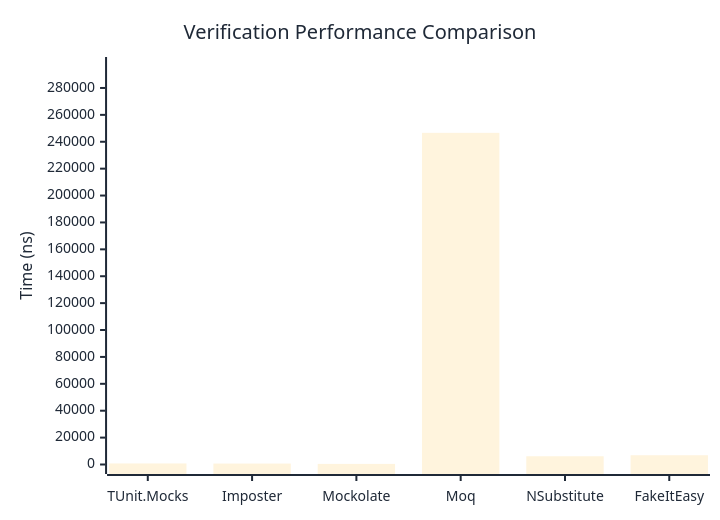
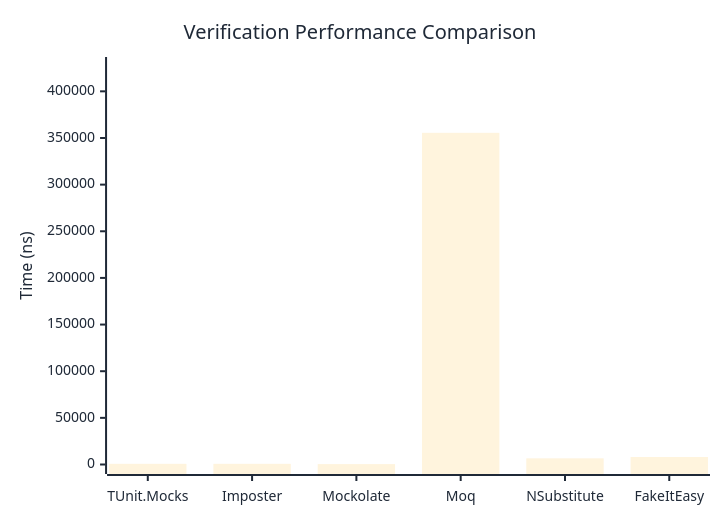
One commit to thomhurst/TUnit changed the first of 3 diagrams in docs/docs/benchmarks/mocks/Verification.md. Above: the diagram before and after it, drawn with Mermaid. The commit also changed other lines of this file and 14 other files, not shown here.

````diff
--- a/docs/docs/benchmarks/mocks/Verification.md
+++ b/docs/docs/benchmarks/mocks/Verification.md
@@ -30,27 +30,27 @@
 ```mermaid
 %%{init: {
   'theme':'base',
   'themeVariables': {
     'primaryColor': '#2563eb',
     'primaryTextColor': '#1f2937',
     'primaryBorderColor': '#1e40af',
     'lineColor': '#6b7280',
     'secondaryColor': '#7c3aed',
     'tertiaryColor': '#dc2626',
     'background': '#ffffff',
     'pie1': '#2563eb',
     'pie2': '#7c3aed',
     'pie3': '#dc2626',
     'pie4': '#f59e0b',
     'pie5': '#10b981',
     'pie6': '#06b6d4',
     'pie7': '#ec4899',
     'pie8': '#6366f1'
   }
 }}%%
 xychart-beta
   title "Verification Performance Comparison"
   x-axis ["TUnit.Mocks", "Imposter", "Mockolate", "Moq", "NSubstitute", "FakeItEasy"]
-  y-axis "Time (ns)" 0 --> 295964
-  bar [787.26, 704.81, 437.08, 246636.14, 6129.63, 6885.88]
+  y-axis "Time (ns)" 0 --> 426619
+  bar [720.51, 722.04, 432.71, 355515.56, 6621.68, 8049.05]
 ```
````
